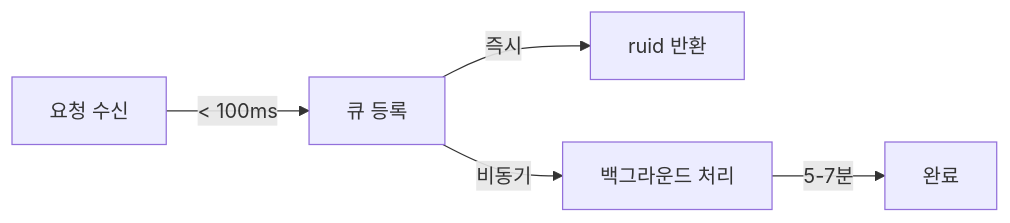
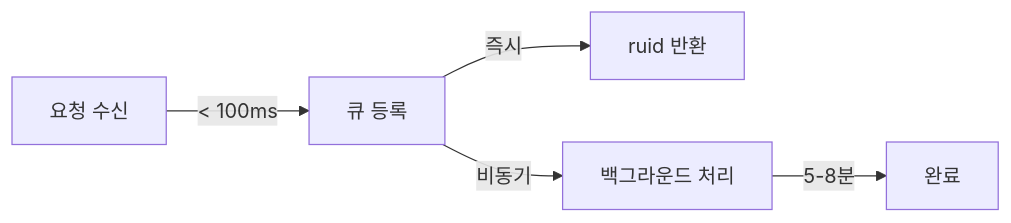
One commit to Febriez/eroom-docs changed the second of 2 diagrams in backend/undertow-server.md. Above: the diagram before and after it, drawn with Mermaid. The commit also changed other lines of this file and 16 other files, not shown here.

```diff
--- a/backend/undertow-server.md
+++ b/backend/undertow-server.md
@@ -196,7 +286,7 @@
 {% mermaid %}
 graph LR
 A[요청 수신] -->|< 100ms| B[큐 등록]
 B -->|즉시| C[ruid 반환]
 B -->|비동기| D[백그라운드 처리]
-D -->|5-7분| E[완료]
+D -->|5-8분| E[완료]
 {% endmermaid %}
```
